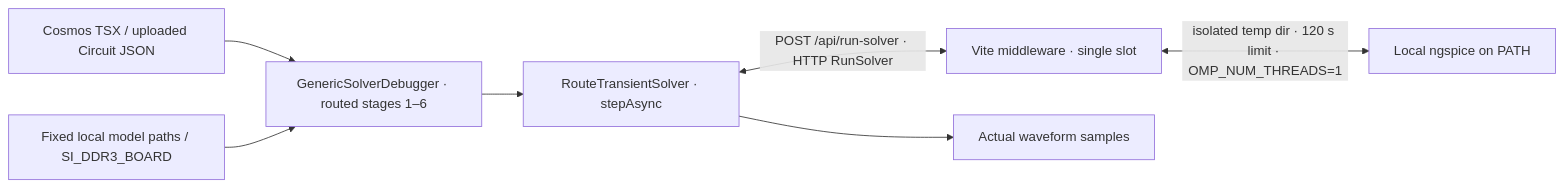
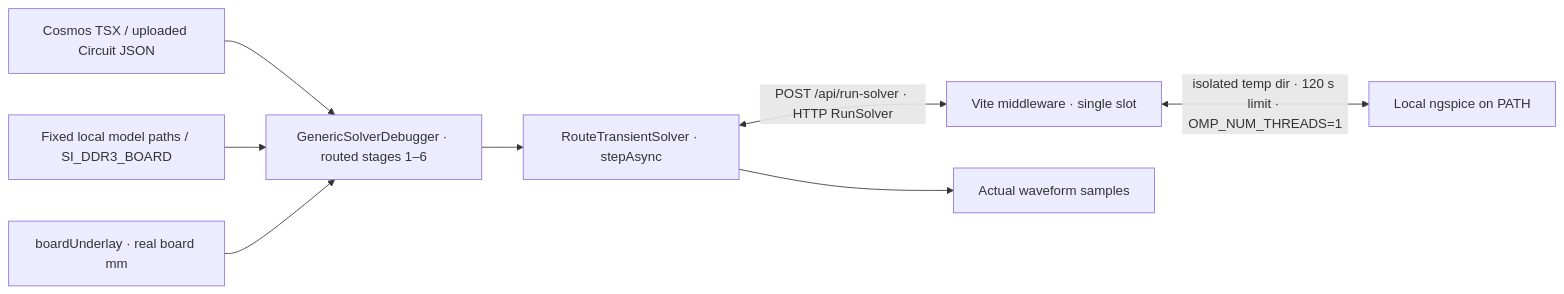
The first of 5 diagrams in README.md (tscircuit/pcb-spice-pipeline), drawn with Mermaid before and after one commit. The commit also changed other lines of this file and 40 other files, not shown here.

First line of the commit message:
Draw every routed stage on the real board with a camera focus

````diff
--- a/README.md
+++ b/README.md
@@ -87,9 +89,10 @@
 ```mermaid
 flowchart LR
   fixture["Cosmos TSX / uploaded Circuit JSON"] --> debugger["GenericSolverDebugger · routed stages 1–6"]
   assets["Fixed local model paths / SI_DDR3_BOARD"] --> debugger
   debugger --> transient["RouteTransientSolver · stepAsync"]
+  board["boardUnderlay · real board mm"] --> debugger
   transient <-->|"POST /api/run-solver · HTTP RunSolver"| queue["Vite middleware · single slot"]
   queue <-->|"isolated temp dir · 120 s limit · OMP_NUM_THREADS=1"| native["Local ngspice on PATH"]
   transient --> capture["Actual waveform samples"]
 ```
````
